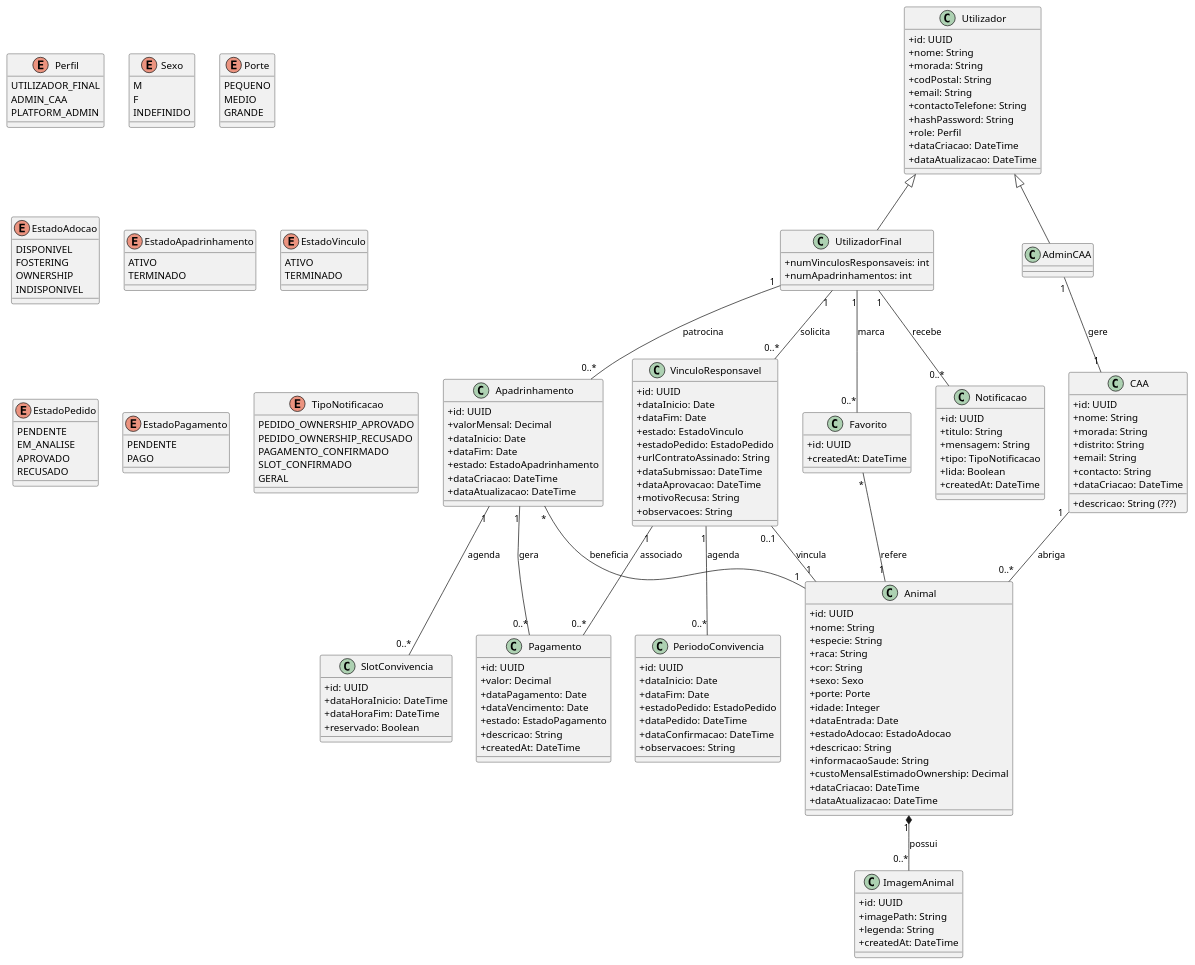
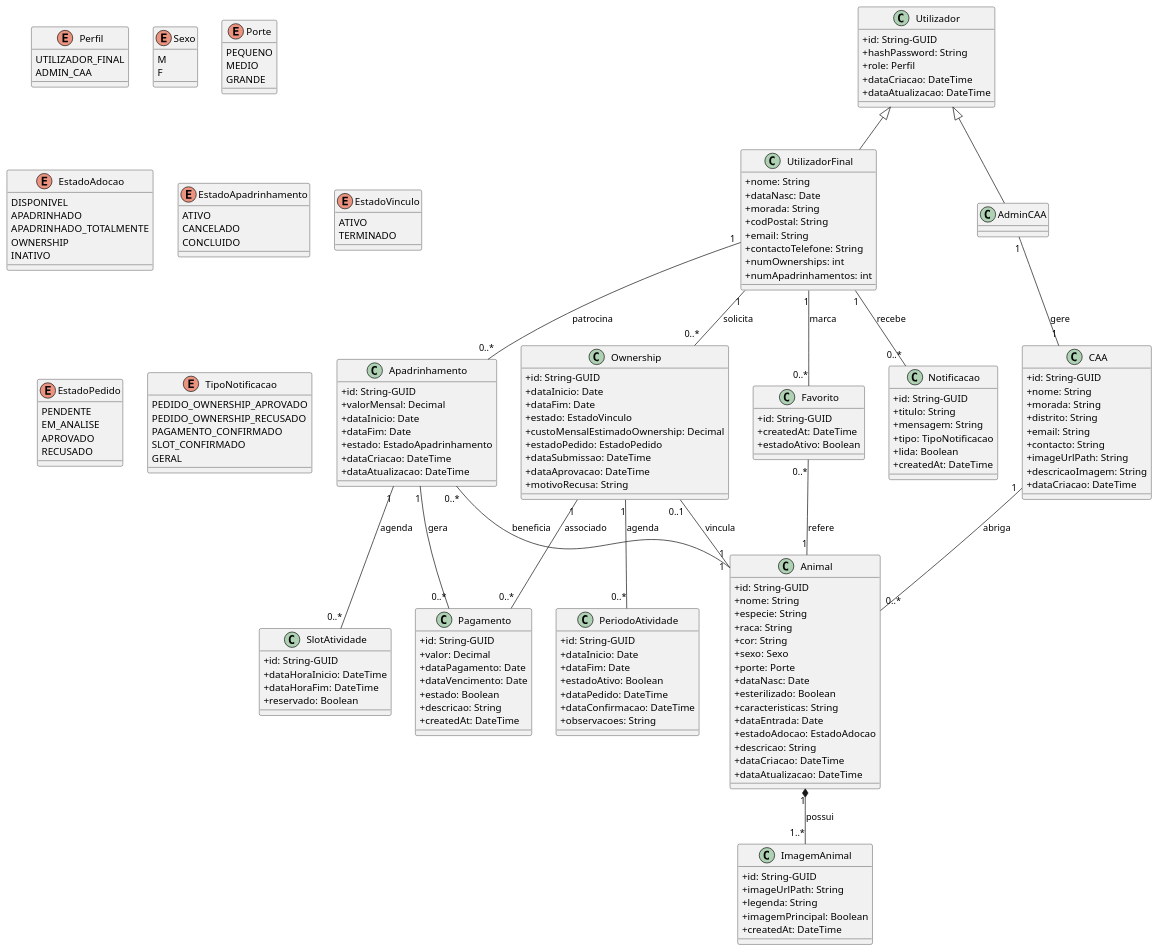
Before and after one commit to see-paw/project-artifacts: the diagram in artefactos_tecnicos/diagramas/DiagramaClasses.puml, drawn with PlantUML.

```diff
--- a/artefactos_tecnicos/diagramas/DiagramaClasses.puml
+++ b/artefactos_tecnicos/diagramas/DiagramaClasses.puml
@@ -3,12 +3,7 @@
 
 ' ================ UTILIZADORES ================
 class Utilizador {
-  +id: UUID
-  +nome: String
-  +morada: String
-  +codPostal: String
-  +email: String
-  +contactoTelefone: String
+  +id: String-GUID
   +hashPassword: String
   +role: Perfil
   +dataCriacao: DateTime
@@ -16,7 +11,13 @@
 }
 
 class UtilizadorFinal {
-  +numVinculosResponsaveis: int
+  +nome: String
+  +dataNasc: Date
+  +morada: String
+  +codPostal: String
+  +email: String
+  +contactoTelefone: String
+  +numOwnerships: int
   +numApadrinhamentos: int
 }
 
@@ -28,46 +29,48 @@
 
 ' ================ CAA (Centro de Acolhimento Animal) ================
 class CAA {
-  +id: UUID
+  +id: String-GUID
   +nome: String
   +morada: String
   +distrito: String
   +email: String
   +contacto: String
-  +descricao: String (???)
+  +imageUrlPath: String
+  +descricaoImagem: String
   +dataCriacao: DateTime
 }
 
 
 ' ================ ANIMAIS ================
 class Animal {
-  +id: UUID
+  +id: String-GUID
   +nome: String
   +especie: String
   +raca: String
   +cor: String
   +sexo: Sexo
   +porte: Porte
-  +idade: Integer
+  +dataNasc: Date
+  +esterilizado: Boolean
+  +caracteristicas: String
   +dataEntrada: Date
   +estadoAdocao: EstadoAdocao
   +descricao: String
-  +informacaoSaude: String
-  +custoMensalEstimadoOwnership: Decimal
   +dataCriacao: DateTime
   +dataAtualizacao: DateTime
 }
 
 class ImagemAnimal {
-  +id: UUID
-  +imagePath: String
+  +id: String-GUID
+  +imageUrlPath: String
   +legenda: String
+  +imagemPrincipal: Boolean
   +createdAt: DateTime
 }
 
 ' ================ APADRINHAMENTO (Fostering) ================
 class Apadrinhamento {
-  +id: UUID
+  +id: String-GUID
   +valorMensal: Decimal
   +dataInicio: Date
   +dataFim: Date
@@ -76,32 +79,31 @@
   +dataAtualizacao: DateTime
 }
 
-class SlotConvivencia {
-  +id: UUID
+class SlotAtividade {
+  +id: String-GUID
   +dataHoraInicio: DateTime
   +dataHoraFim: DateTime
   +reservado: Boolean
 }
 
 ' ================ VÍNCULO RESPONSÁVEL (Ownership) ================
-class VinculoResponsavel {
-  +id: UUID
+class Ownership {
+  +id: String-GUID
   +dataInicio: Date
   +dataFim: Date
   +estado: EstadoVinculo
+  +custoMensalEstimadoOwnership: Decimal
   +estadoPedido: EstadoPedido
-  +urlContratoAssinado: String
   +dataSubmissao: DateTime
   +dataAprovacao: DateTime
   +motivoRecusa: String
-  +observacoes: String
 }
 
-class PeriodoConvivencia {
-  +id: UUID
+class PeriodoAtividade {
+  +id: String-GUID
   +dataInicio: Date
   +dataFim: Date
-  +estadoPedido: EstadoPedido
+  +estadoAtivo: Boolean
   +dataPedido: DateTime
   +dataConfirmacao: DateTime
   +observacoes: String
@@ -109,23 +111,24 @@
 
 ' ================ PAGAMENTOS (Mock) ================
 class Pagamento {
-  +id: UUID
+  +id: String-GUID
   +valor: Decimal
   +dataPagamento: Date
   +dataVencimento: Date
-  +estado: EstadoPagamento
+  +estado: Boolean
   +descricao: String
   +createdAt: DateTime
 }
 
 ' ================ OUTROS ================
 class Favorito {
-  +id: UUID
+  +id: String-GUID
   +createdAt: DateTime
+  +estadoAtivo: Boolean
 }
 
 class Notificacao {
-  +id: UUID
+  +id: String-GUID
   +titulo: String
   +mensagem: String
   +tipo: TipoNotificacao
@@ -137,13 +140,11 @@
 enum Perfil {
   UTILIZADOR_FINAL
   ADMIN_CAA
-  PLATFORM_ADMIN
 }
 
 enum Sexo {
   M
   F
-  INDEFINIDO
 }
 
 enum Porte {
@@ -154,14 +155,16 @@
 
 enum EstadoAdocao {
   DISPONIVEL
-  FOSTERING
+  APADRINHADO
+  APADRINHADO_TOTALMENTE
   OWNERSHIP
-  INDISPONIVEL
+  INATIVO
 }
 
 enum EstadoApadrinhamento {
   ATIVO
-  TERMINADO
+  CANCELADO
+  CONCLUIDO
 }
 
 enum EstadoVinculo {
@@ -174,11 +177,6 @@
   EM_ANALISE
   APROVADO
   RECUSADO
-}
-
-enum EstadoPagamento {
-  PENDENTE
-  PAGO
 }
 
 enum TipoNotificacao {
@@ -194,23 +192,23 @@
 CAA "1" -- "0..*" Animal : abriga
 
 ' ================ RELAÇÕES ANIMAL ================
-Animal "1" *-- "0..*" ImagemAnimal : possui
+Animal "1" *-- "1..*" ImagemAnimal : possui
 
 ' ================ RELAÇÕES APADRINHAMENTO ================
 UtilizadorFinal "1" -- "0..*" Apadrinhamento : patrocina
-Apadrinhamento  "*" -- "1" Animal : beneficia
-Apadrinhamento  "1" -- "0..*" SlotConvivencia : agenda
+Apadrinhamento  "0..*" -- "1" Animal : beneficia
+Apadrinhamento  "1" -- "0..*" SlotAtividade : agenda
 Apadrinhamento  "1" -- "0..*" Pagamento : gera
 
 ' ================ RELAÇÕES VÍNCULO RESPONSÁVEL ================
-UtilizadorFinal "1" -- "0..*" VinculoResponsavel : solicita
-VinculoResponsavel "0..1" -- "1" Animal : vincula
-VinculoResponsavel "1" -- "0..*" PeriodoConvivencia : agenda
-VinculoResponsavel "1" -- "0..*" Pagamento : associado
+UtilizadorFinal "1" -- "0..*" Ownership : solicita
+Ownership "0..1" -- "1" Animal : vincula
+Ownership "1" -- "0..*" PeriodoAtividade : agenda
+Ownership "1" -- "0..*" Pagamento : associado
 
 ' ================ RELAÇÕES UTILIZADOR ================
 UtilizadorFinal "1" -- "0..*" Favorito : marca
-Favorito "*" -- "1" Animal : refere
+Favorito "0..*" -- "1" Animal : refere
 
 UtilizadorFinal "1" -- "0..*" Notificacao : recebe
 @enduml
```
